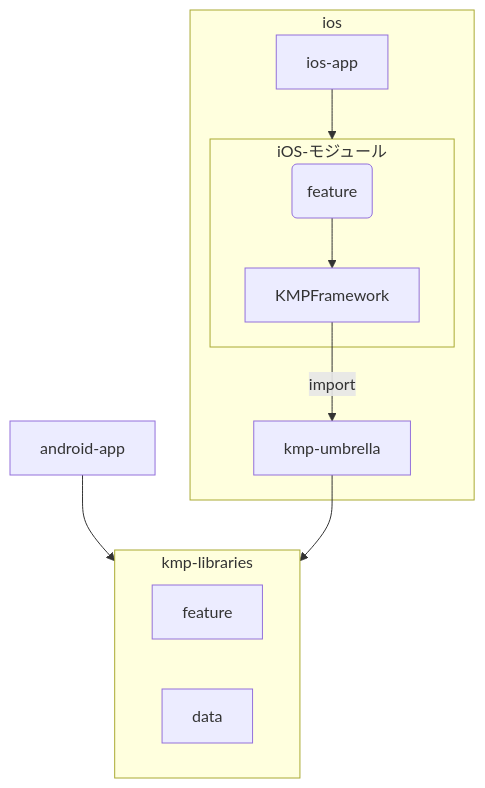
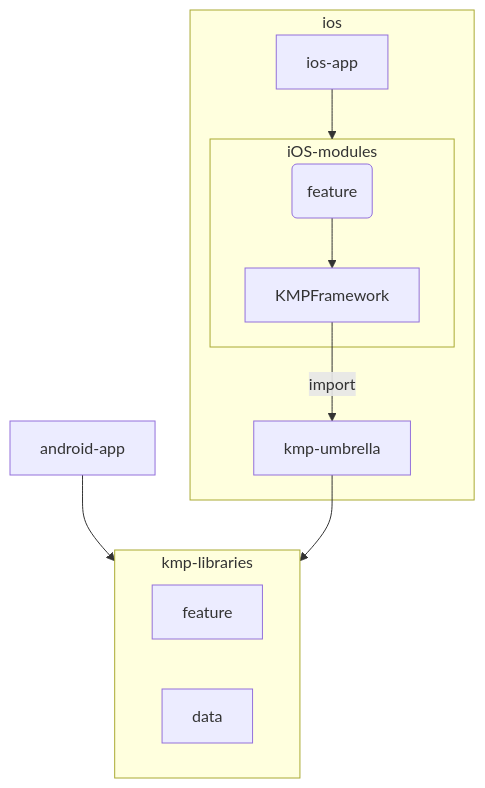
The diagram in sample-project/README.md (kk-house-777/kmp-mobile-multimodule-template), drawn with Mermaid before and after one commit. The commit also changed other lines of this file and 2 other files, not shown here.

````diff
--- a/sample-project/README.md
+++ b/sample-project/README.md
@@ -47,22 +49,22 @@
 ```mermaid
 flowchart TD
     android-app
 
     subgraph kmp-libraries
         feature
         data
     end
 
     subgraph ios
-        ios-app --> iOS-モジュール
-        subgraph iOS-モジュール
+        ios-app --> iOS-modules
+        subgraph iOS-modules
             fa(feature) --> KMPFramework
         end
         kmp-umbrella
         KMPFramework
     end
 
     android-app --> kmp-libraries
     kmp-umbrella --> kmp-libraries
     KMPFramework -->|import| kmp-umbrella
 ```
````
